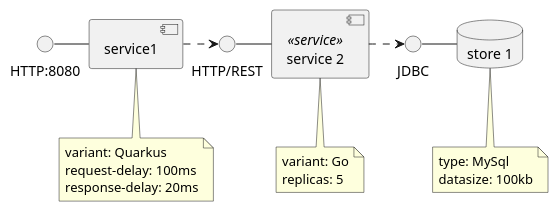
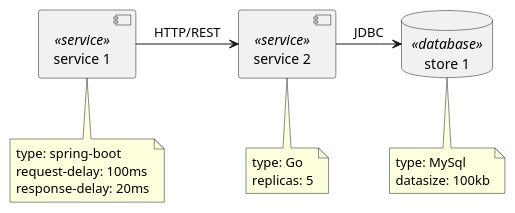
One commit to iteratec/microzoo changed the diagram in scenarios/basic.puml. Above: the diagram before and after it, drawn with PlantUML. The commit also changed 13 other files, not shown here.

```diff
--- a/scenarios/basic.puml
+++ b/scenarios/basic.puml
@@ -1,31 +1,26 @@
 @startuml
 
-database "store 1"
+database "store 1" <<database>>
 note bottom of "store 1" {
     type: MySql
     datasize: 100kb
 }
-JDBC - [store 1]
 
-component service1
-
-note bottom of service1 {
-    variant: Quarkus
+component "service 1" <<service>>
+note bottom of "service 1" {
+    type: spring-boot
     request-delay: 100ms
     response-delay: 20ms
 }
 
-() "HTTP:8080" - service1
-
-
 component "service 2" <<service>>
 note bottom of "service 2" {
-    variant: Go
+    type: Go
     replicas: 5
 }
-() "HTTP/REST" - [service 2]
 
-service1 .> () "HTTP/REST"
-[service 2] .> JDBC
+[service 1] -> [service 2]: HTTP/REST
+
+[service 2] -> [store 1]: JDBC
 
 @enduml
```
